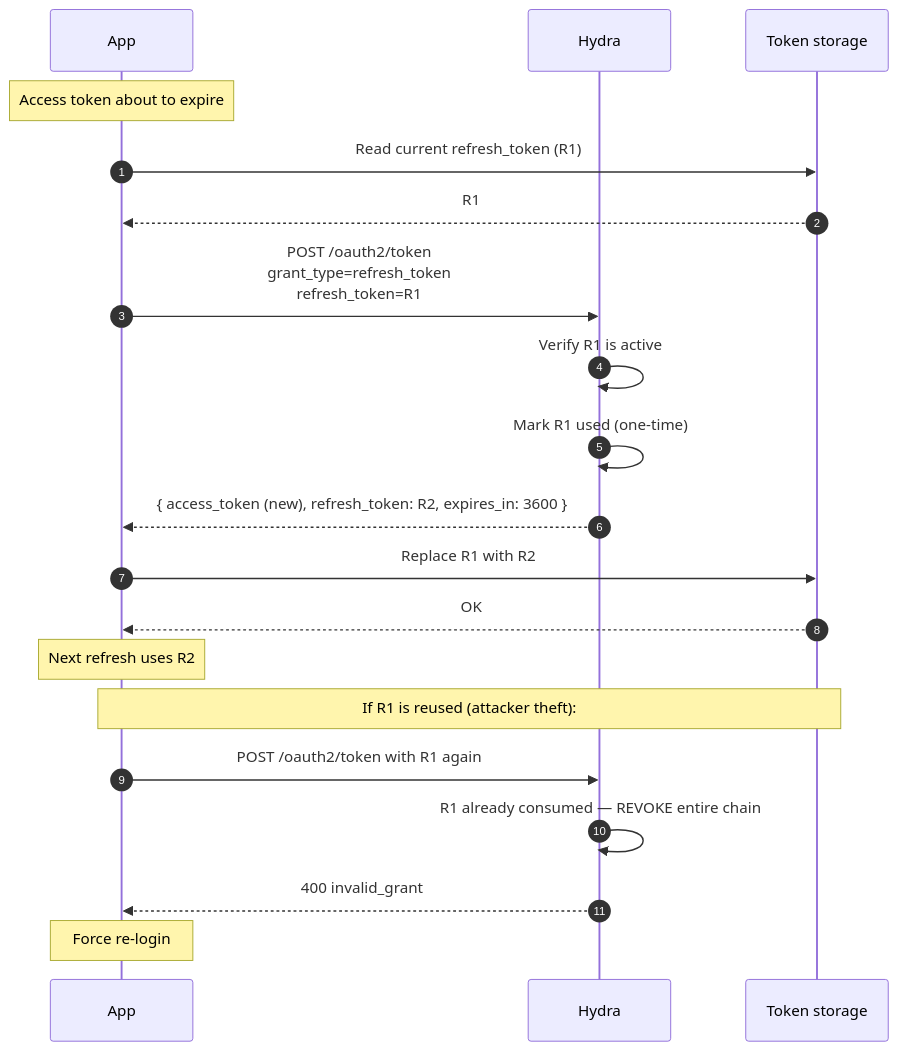
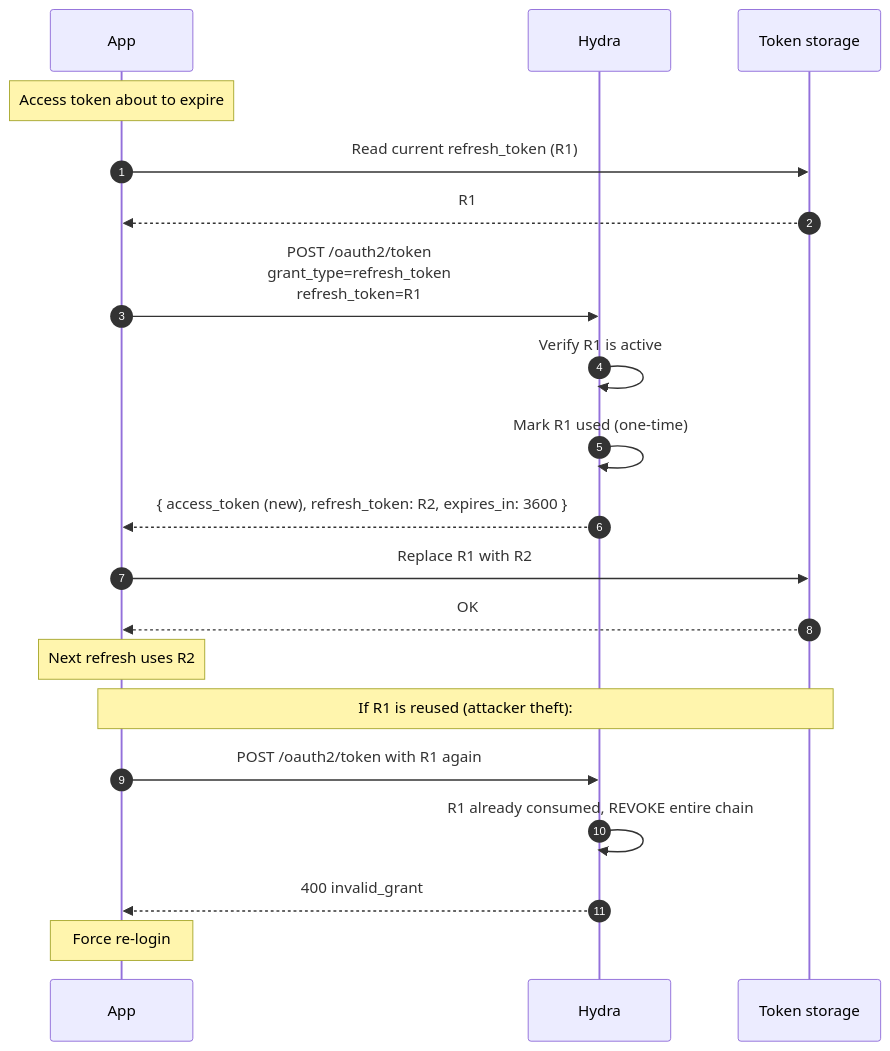
Before and after one commit to OlympusOSS/site: the diagram in content/docs/reference/diagrams/seq-refresh-token.mdx, drawn with Mermaid. The commit also changed other lines of this file and 1515 other files, not shown here.

````diff
--- a/content/docs/reference/diagrams/seq-refresh-token.mdx
+++ b/content/docs/reference/diagrams/seq-refresh-token.mdx
@@ -6,26 +6,26 @@
 ```mermaid
 sequenceDiagram
     autonumber
     participant App
     participant Hydra
     participant Storage as Token storage
 
     Note over App: Access token about to expire
     App->>Storage: Read current refresh_token (R1)
     Storage-->>App: R1
 
     App->>Hydra: POST /oauth2/token<br/>grant_type=refresh_token<br/>refresh_token=R1
     Hydra->>Hydra: Verify R1 is active
     Hydra->>Hydra: Mark R1 used (one-time)
     Hydra-->>App: { access_token (new), refresh_token: R2, expires_in: 3600 }
 
     App->>Storage: Replace R1 with R2
     Storage-->>App: OK
 
     Note over App: Next refresh uses R2
     Note over App,Storage: If R1 is reused (attacker theft):
     App->>Hydra: POST /oauth2/token with R1 again
-    Hydra->>Hydra: R1 already consumed — REVOKE entire chain
+    Hydra->>Hydra: R1 already consumed, REVOKE entire chain
     Hydra-->>App: 400 invalid_grant
     Note over App: Force re-login
 ```
````
